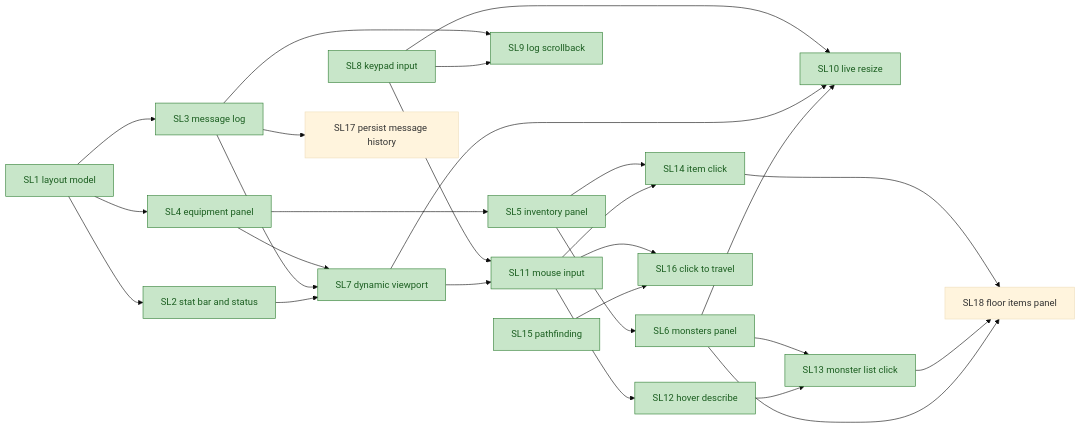
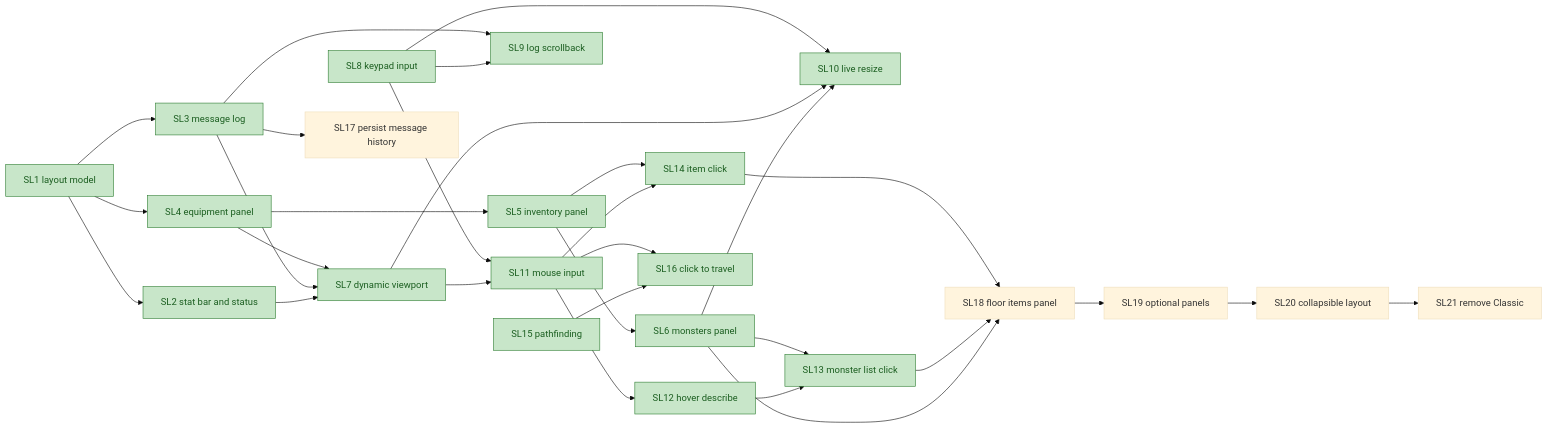
The diagram in docs/migration/epics/split-screen.md (lollek/omoria), drawn with Mermaid (base theme) before and after one commit. The commit also changed other lines of this file, not shown here.

````diff
--- a/docs/migration/epics/split-screen.md
+++ b/docs/migration/epics/split-screen.md
@@ -153,31 +153,34 @@
 ```mermaid
 graph LR
   SL1[SL1 layout model] --> SL2[SL2 stat bar and status]
   SL1 --> SL3[SL3 message log]
   SL1 --> SL4[SL4 equipment panel]
   SL4 --> SL5[SL5 inventory panel]
   SL5 --> SL6[SL6 monsters panel]
   SL2 --> SL7[SL7 dynamic viewport]
   SL3 --> SL7
   SL4 --> SL7
   SL8[SL8 keypad input] --> SL9[SL9 log scrollback]
   SL3 --> SL9
   SL6 --> SL10[SL10 live resize]
   SL7 --> SL10
   SL8 --> SL10
   SL7 --> SL11[SL11 mouse input]
   SL8 --> SL11
   SL11 --> SL12[SL12 hover describe]
   SL12 --> SL13[SL13 monster list click]
   SL6 --> SL13
   SL11 --> SL14[SL14 item click]
   SL5 --> SL14
   SL15[SL15 pathfinding] --> SL16[SL16 click to travel]
   SL11 --> SL16
   SL3 --> SL17[SL17 persist message history]
   SL6 --> SL18[SL18 floor items panel]
   SL13 --> SL18
   SL14 --> SL18
+  SL18 --> SL19[SL19 optional panels]
+  SL19 --> SL20[SL20 collapsible layout]
+  SL20 --> SL21[SL21 remove Classic]
   classDef done fill:#c8e6c9,stroke:#2e7d32,color:#1b5e20
   class SL1,SL2,SL3,SL4,SL5,SL6,SL7,SL8,SL9,SL10,SL11,SL12,SL13,SL14,SL15,SL16 done
 ```
````
